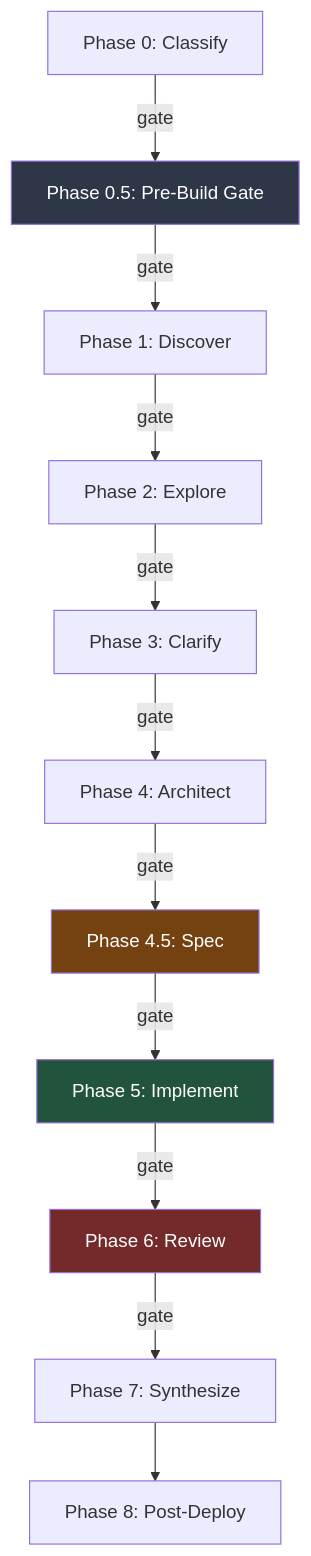
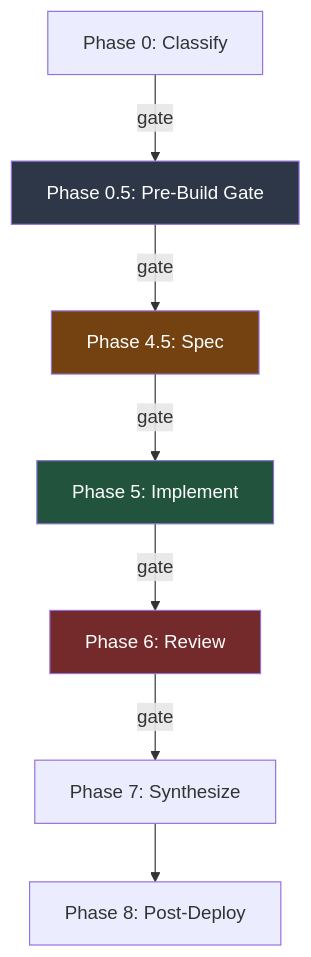
The diagram in docs/plugin.md (guy-lifshitz/bytedigger), drawn with Mermaid before and after one commit. The commit also changed other lines of this file and 42 other files, not shown here.

Commit message:
feat(bd89): P2a drop phases 1-4: spec reads the request + decision doc + deterministic facts; one plan-review gate for every tier

````diff
--- a/docs/plugin.md
+++ b/docs/plugin.md
@@ -13,18 +13,14 @@
 ```mermaid
 flowchart TD
     P0[Phase 0: Classify] -->|gate| P05[Phase 0.5: Pre-Build Gate]
-    P05 -->|gate| P1[Phase 1: Discover]
-    P1 -->|gate| P2[Phase 2: Explore]
-    P2 -->|gate| P3[Phase 3: Clarify]
-    P3 -->|gate| P4[Phase 4: Architect]
-    P4 -->|gate| P45[Phase 4.5: Spec]
+    P05 -->|gate| P45[Phase 4.5: Spec]
     P45 -->|gate| P5[Phase 5: Implement]
     P5 -->|gate| P6[Phase 6: Review]
     P6 -->|gate| P7[Phase 7: Synthesize]
     P7 --> P8[Phase 8: Post-Deploy]
 
     style P05 fill:#2d3748,color:#fff
     style P45 fill:#744210,color:#fff
     style P5 fill:#22543d,color:#fff
     style P6 fill:#742a2a,color:#fff
 ```
````
